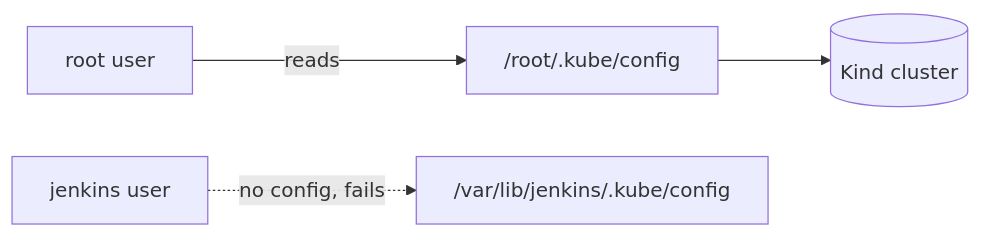
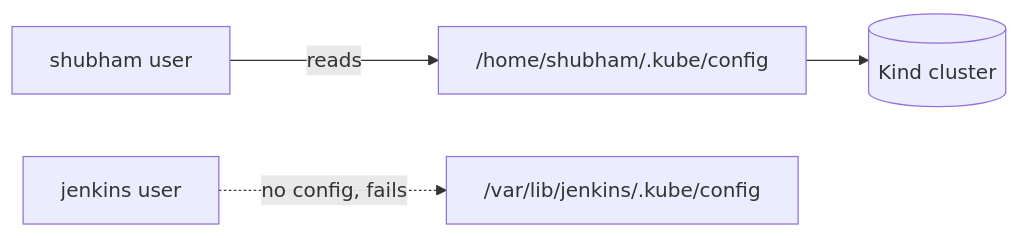
The diagram in Working-W-Jenkins/Docker-Kubernetes-Jenkins/readme.md (Shubhamx18/jenkins-pipelines), drawn with Mermaid before and after one commit. The commit also changed other lines of this file, not shown here.

````diff
--- a/Working-W-Jenkins/Docker-Kubernetes-Jenkins/readme.md
+++ b/Working-W-Jenkins/Docker-Kubernetes-Jenkins/readme.md
@@ -25,5 +24,5 @@
 ```mermaid
 flowchart LR
-    A[root user] -->|reads| B["/root/.kube/config"] --> C[(Kind cluster)]
+    A[shubham user] -->|reads| B["/home/shubham/.kube/config"] --> C[(Kind cluster)]
     D[jenkins user] -.->|"no config, fails"| E["/var/lib/jenkins/.kube/config"]
 ```
````
